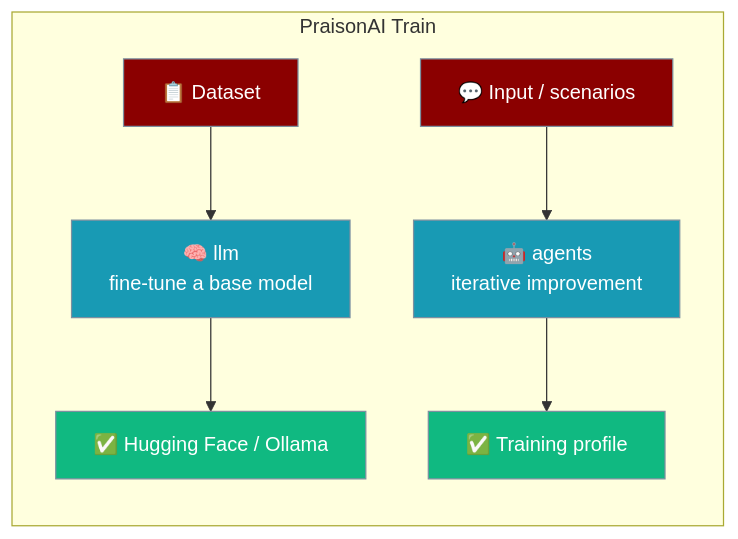
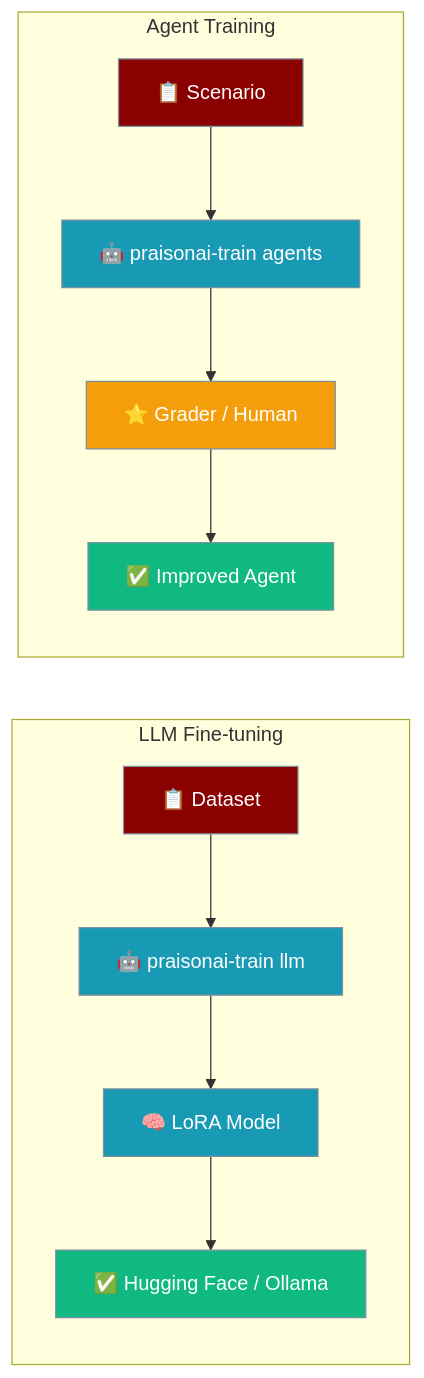
The first of 2 diagrams in docs/train.mdx (MervinPraison/PraisonAIDocs), drawn with Mermaid before and after one commit. The commit also changed other lines of this file and 5 other files, not shown here.

First line of the commit message:
docs: align training pages with C10 praisonai-train package extraction (fixes #1966)

````diff
--- a/docs/train.mdx
+++ b/docs/train.mdx
@@ -19,17 +10,24 @@
 ```mermaid
 graph LR
-    subgraph "PraisonAI Train"
-        Data[📋 Dataset] --> LLM[🧠 llm<br/>fine-tune a base model]
-        Input[💬 Input / scenarios] --> Agents[🤖 agents<br/>iterative improvement]
-        LLM --> Model[✅ Hugging Face / Ollama]
-        Agents --> Profile[✅ Training profile]
+    subgraph "LLM Fine-tuning"
+        Data[📋 Dataset] --> LLM[🤖 praisonai-train llm]
+        LLM --> Model[🧠 LoRA Model]
+        Model --> Hub[✅ Hugging Face / Ollama]
+    end
+
+    subgraph "Agent Training"
+        Scenario[📋 Scenario] --> Agents[🤖 praisonai-train agents]
+        Agents --> Grade[⭐ Grader / Human]
+        Grade --> Better[✅ Improved Agent]
     end
 
     classDef input fill:#8B0000,stroke:#7C90A0,color:#fff
     classDef process fill:#189AB4,stroke:#7C90A0,color:#fff
+    classDef grade fill:#F59E0B,stroke:#7C90A0,color:#fff
     classDef output fill:#10B981,stroke:#7C90A0,color:#fff
 
-    class Data,Input input
-    class LLM,Agents process
-    class Model,Profile output
+    class Data,Scenario input
+    class LLM,Agents,Model process
+    class Grade grade
+    class Hub,Better output
 ```
````
